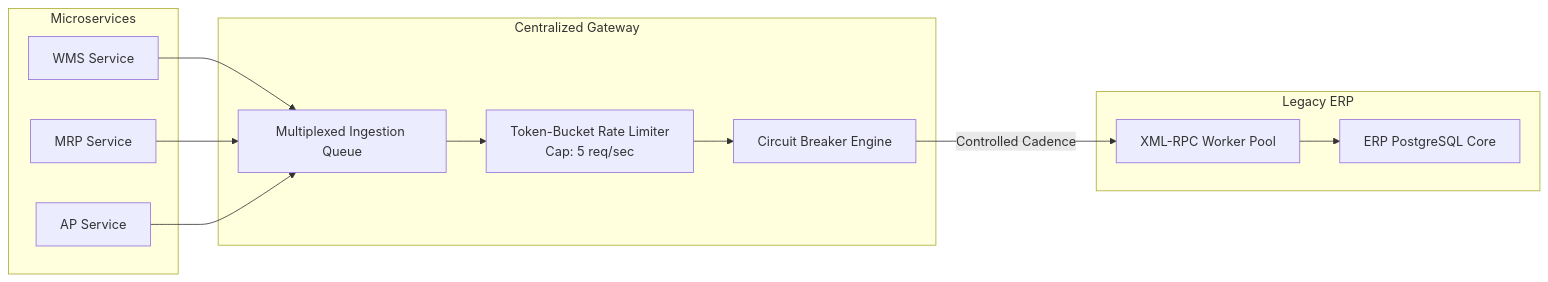
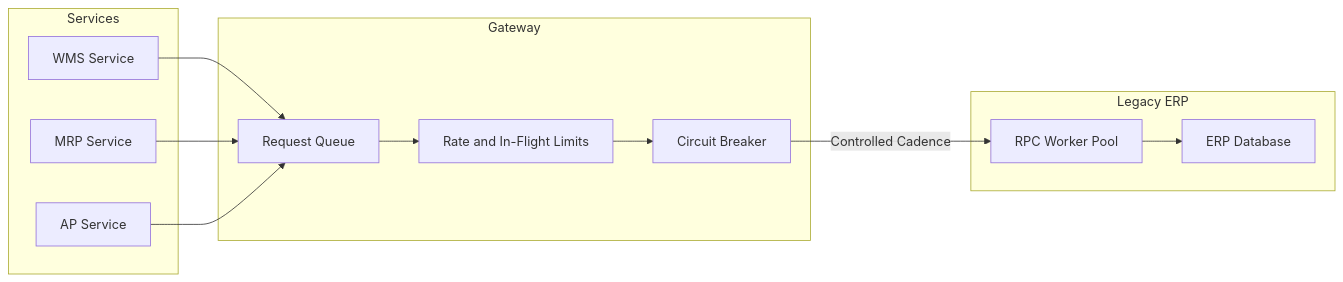
The diagram in _posts/2026-08-26-resilient-erp-integration-patterns.md (Weradech/eng-hub), drawn with Mermaid before and after one commit. The commit also changed other lines of this file and 1 other file, not shown here.

First line of the commit message:
Revise ERP integration post: separate rate and in-flight limits

````diff
--- a/_posts/2026-08-26-resilient-erp-integration-patterns.md
+++ b/_posts/2026-08-26-resilient-erp-integration-patterns.md
@@ -64,27 +66,27 @@
 ```mermaid
 flowchart LR
-    subgraph Microservices
+    subgraph Services
         A[WMS Service]
         B[MRP Service]
         C[AP Service]
     end
 
-    subgraph Centralized Gateway
-        D[Multiplexed Ingestion Queue]
-        E[Token-Bucket Rate Limiter<br/>Cap: 5 req/sec]
-        F[Circuit Breaker Engine]
+    subgraph Gateway
+        D[Request Queue]
+        E[Rate and In-Flight Limits]
+        F[Circuit Breaker]
     end
 
     subgraph Legacy ERP
-        G[XML-RPC Worker Pool]
-        H[ERP PostgreSQL Core]
+        G[RPC Worker Pool]
+        H[ERP Database]
     end
 
     A --> D
     B --> D
     C --> D
     D --> E
     E --> F
     F -->|Controlled Cadence| G
     G --> H
 ```
````
